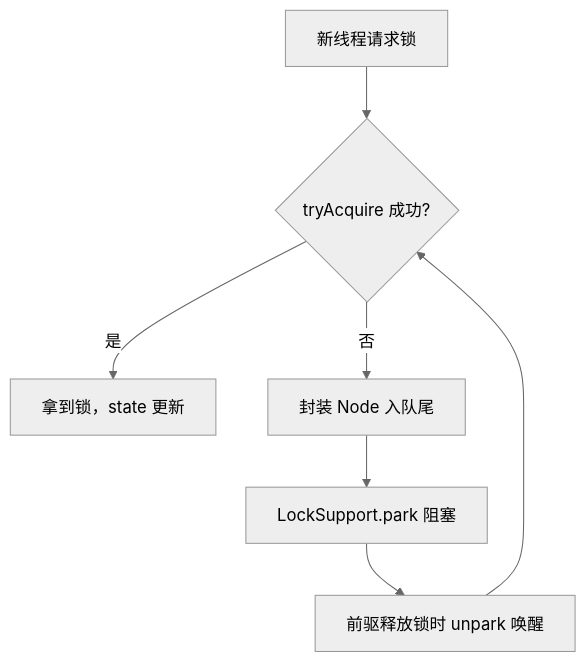
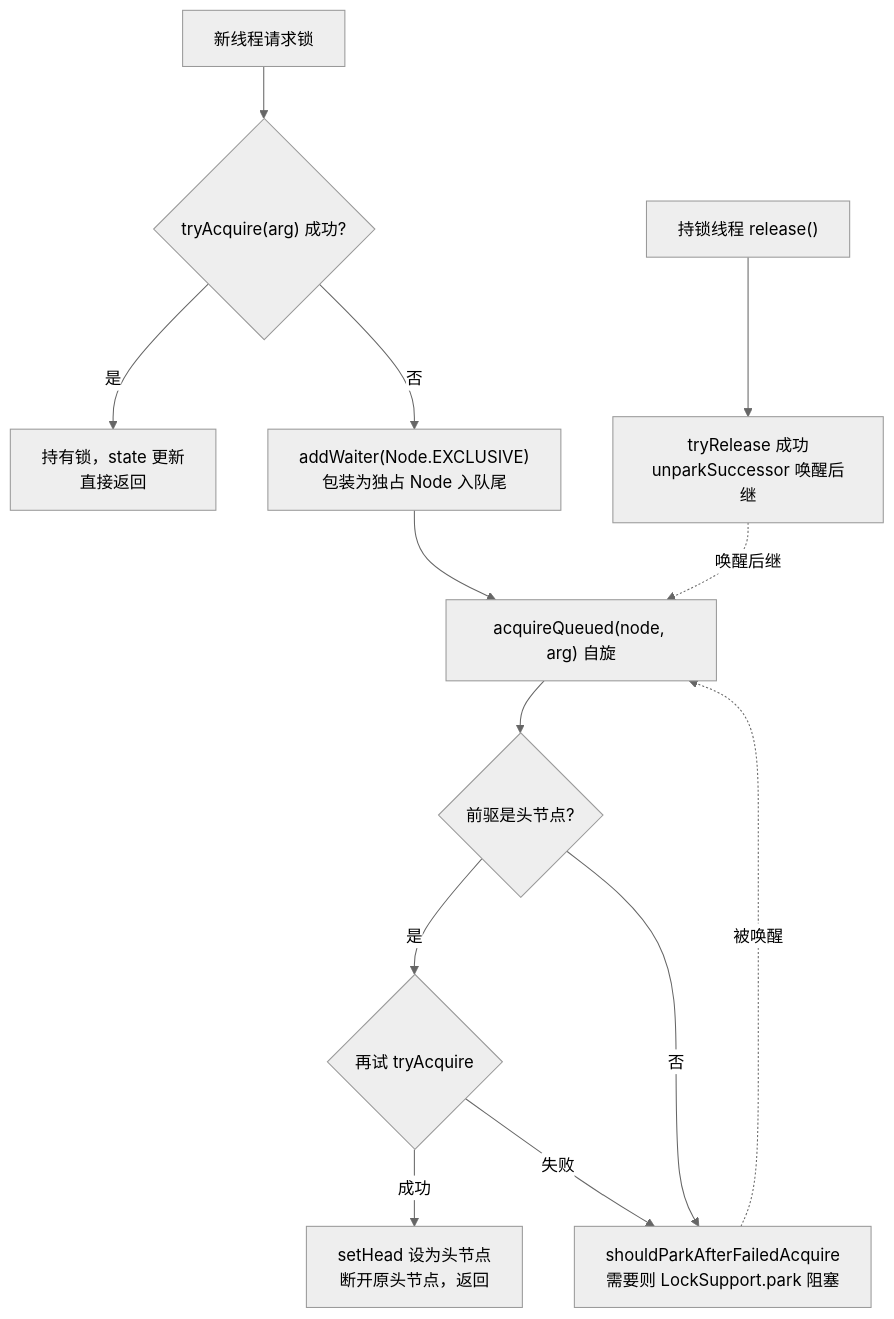
The eighth of 11 diagrams in docs/02.后端/01.Java/16.Java 多线程与并发.md (l552177239/my-note), drawn with Mermaid (neutral theme) before and after one commit. The commit also changed other lines of this file, not shown here.

````diff
--- a/docs/02.后端/01.Java/16.Java 多线程与并发.md
+++ b/docs/02.后端/01.Java/16.Java 多线程与并发.md
@@ -441,9 +510,20 @@
 ```mermaid
 flowchart TD
-    A["新线程请求锁"] --> B{tryAcquire 成功?}
-    B --是--> C["拿到锁，state 更新"]
-    B --否--> D["封装 Node 入队尾"]
-    D --> E["LockSupport.park 阻塞"]
-    E --> F["前驱释放锁时 unpark 唤醒"]
-    F --> B
+    A["新线程请求锁"] --> B{"tryAcquire(arg) 成功?"}
+    B -- 是 --> C
+    B -- 否 --> D
+    C["持有锁，state 更新<br/>直接返回"]
+    D["addWaiter(Node.EXCLUSIVE)<br/>包装为独占 Node 入队尾"]
+    D --> E["acquireQueued(node, arg) 自旋"]
+    E --> F{前驱是头节点?}
+    F -- 是 --> H
+    F -- 否 --> G
+    H{再试 tryAcquire}
+    H -- 成功 --> I
+    H -- 失败 --> G
+    I["setHead 设为头节点<br/>断开原头节点，返回"]
+    G["shouldParkAfterFailedAcquire<br/>需要则 LockSupport.park 阻塞"]
+    G -.被唤醒.-> E
+    R["持锁线程 release()"] --> K["tryRelease 成功<br/>unparkSuccessor 唤醒后继"]
+    K -.唤醒后继.-> E
 ```
````
